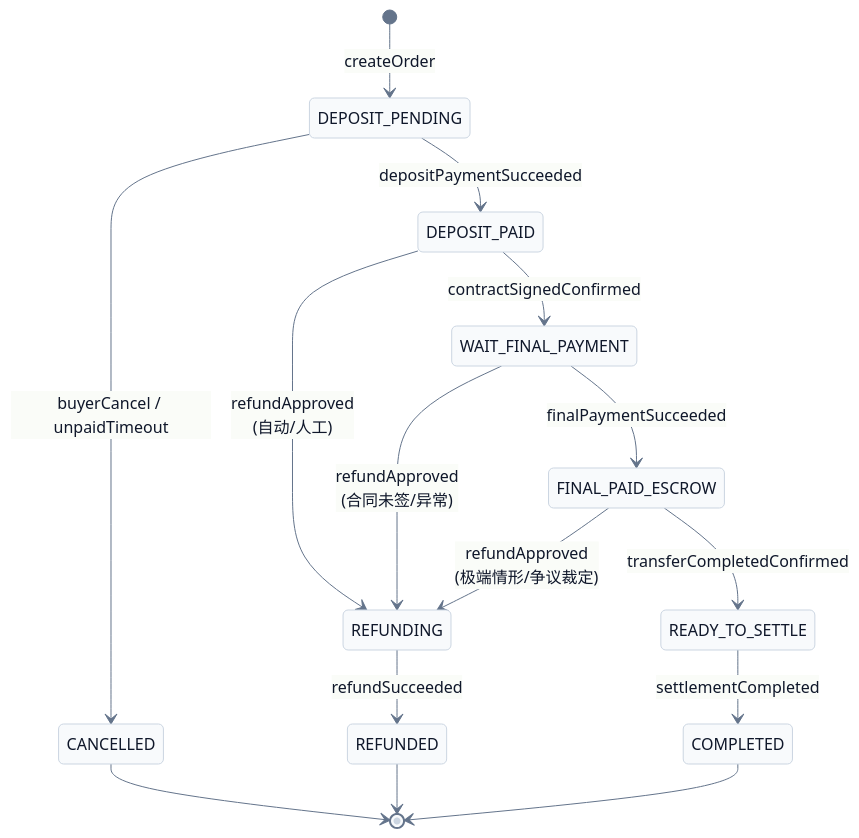
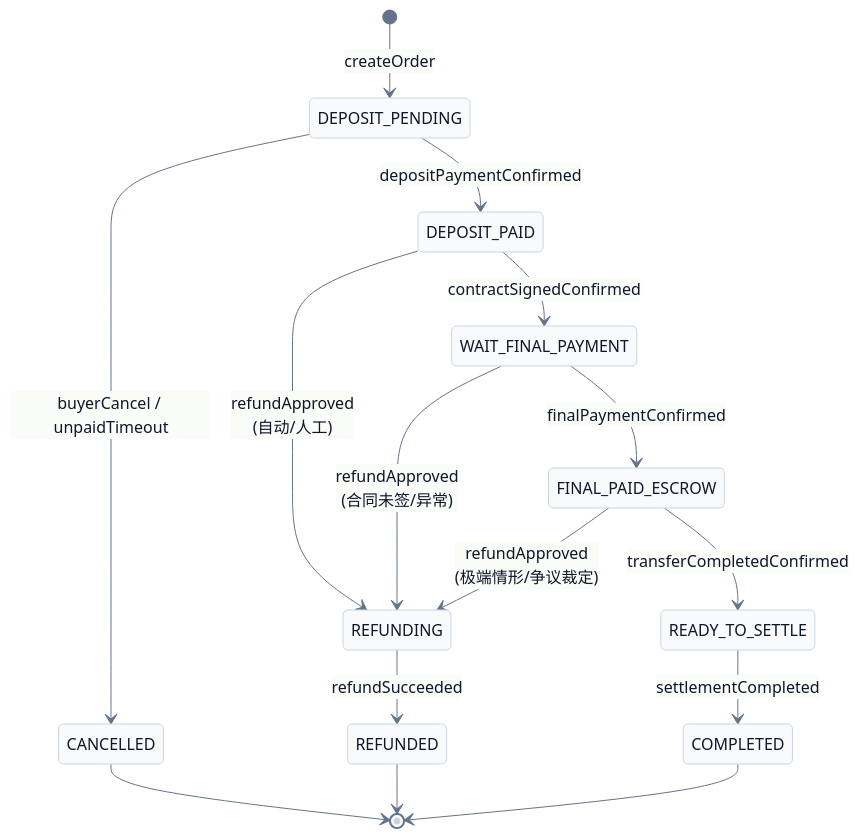
The diagram in docs/architecture/state-order.mmd (Ming-1984/Ipmoney), drawn with Mermaid before and after one commit. The commit also changed 289 other files, not shown here.

Commit message:
docs: refresh architecture, engineering, legal docs and demos

```diff
--- a/docs/architecture/state-order.mmd
+++ b/docs/architecture/state-order.mmd
@@ -1,25 +1,25 @@
 %%{init: {'theme':'base','themeVariables': {'fontFamily': 'Inter, Microsoft YaHei, sans-serif','lineColor':'#64748B','primaryTextColor':'#0F172A','primaryBorderColor':'#CBD5E1','primaryColor':'#F8FAFC'}}}%%
 stateDiagram-v2
   %% 订单状态机（P0）
 
   [*] --> DEPOSIT_PENDING: createOrder
 
-  DEPOSIT_PENDING --> DEPOSIT_PAID: depositPaymentSucceeded
+  DEPOSIT_PENDING --> DEPOSIT_PAID: depositPaymentConfirmed
   DEPOSIT_PENDING --> CANCELLED: buyerCancel / unpaidTimeout
 
   DEPOSIT_PAID --> WAIT_FINAL_PAYMENT: contractSignedConfirmed
   DEPOSIT_PAID --> REFUNDING: refundApproved<br/>(自动/人工)
 
-  WAIT_FINAL_PAYMENT --> FINAL_PAID_ESCROW: finalPaymentSucceeded
+  WAIT_FINAL_PAYMENT --> FINAL_PAID_ESCROW: finalPaymentConfirmed
   WAIT_FINAL_PAYMENT --> REFUNDING: refundApproved<br/>(合同未签/异常)
 
   FINAL_PAID_ESCROW --> READY_TO_SETTLE: transferCompletedConfirmed
   FINAL_PAID_ESCROW --> REFUNDING: refundApproved<br/>(极端情形/争议裁定)
 
   READY_TO_SETTLE --> COMPLETED: settlementCompleted
 
   REFUNDING --> REFUNDED: refundSucceeded
 
   CANCELLED --> [*]
   REFUNDED --> [*]
   COMPLETED --> [*]
```
